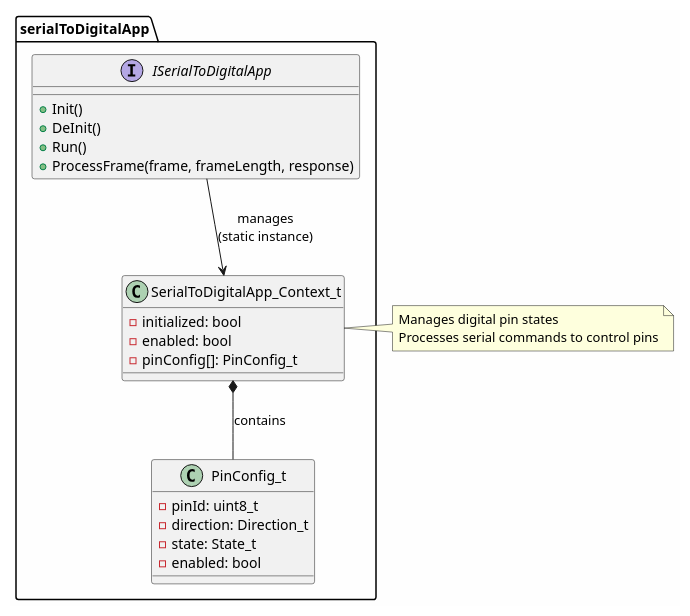
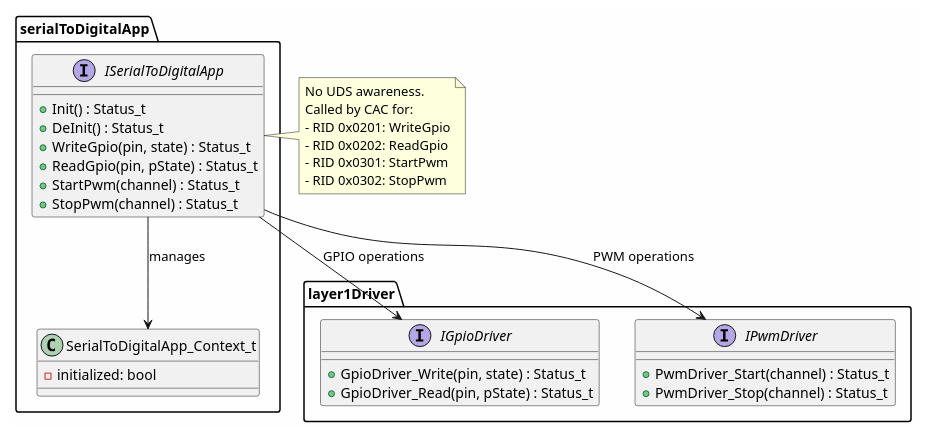
The diagram in 3_swComp/layer3Application/serialToDigitalApp/2_design/serialToDigitalAppStaticStructure.puml (LinhTrucVo/Bico_Protocol_Bridge), drawn with PlantUML before and after one commit. The commit also changed 87 other files, not shown here.

```diff
--- a/3_swComp/layer3Application/serialToDigitalApp/2_design/serialToDigitalAppStaticStructure.puml
+++ b/3_swComp/layer3Application/serialToDigitalApp/2_design/serialToDigitalAppStaticStructure.puml
@@ -1,33 +1,43 @@
 @startuml serialToDigitalAppStaticStructure
 skinparam backgroundColor #FEFEFE
 
 package "serialToDigitalApp" {
     interface ISerialToDigitalApp {
-        + Init()
-        + DeInit()
-        + Run()
-        + ProcessFrame(frame, frameLength, response)
+        + Init() : Status_t
+        + DeInit() : Status_t
+        + WriteGpio(pin, state) : Status_t
+        + ReadGpio(pin, pState) : Status_t
+        + StartPwm(channel) : Status_t
+        + StopPwm(channel) : Status_t
     }
 
     class SerialToDigitalApp_Context_t {
         - initialized: bool
-        - enabled: bool
-        - pinConfig[]: PinConfig_t
     }
 
-    class PinConfig_t {
-        - pinId: uint8_t
-        - direction: Direction_t
-        - state: State_t
-        - enabled: bool
-    }
-
-    ISerialToDigitalApp --> SerialToDigitalApp_Context_t : manages\n(static instance)
-    SerialToDigitalApp_Context_t *-- PinConfig_t : contains
+    ISerialToDigitalApp --> SerialToDigitalApp_Context_t : manages
 }
 
-note right of SerialToDigitalApp_Context_t
-    Manages digital pin states
-    Processes serial commands to control pins
+package "layer1Driver" {
+    interface IGpioDriver {
+        + GpioDriver_Write(pin, state) : Status_t
+        + GpioDriver_Read(pin, pState) : Status_t
+    }
+    interface IPwmDriver {
+        + PwmDriver_Start(channel) : Status_t
+        + PwmDriver_Stop(channel) : Status_t
+    }
+}
+
+ISerialToDigitalApp --> IGpioDriver : GPIO operations
+ISerialToDigitalApp --> IPwmDriver : PWM operations
+
+note right of ISerialToDigitalApp
+  No UDS awareness.
+  Called by CAC for:
+  - RID 0x0201: WriteGpio
+  - RID 0x0202: ReadGpio
+  - RID 0x0301: StartPwm
+  - RID 0x0302: StopPwm
 end note
 @enduml
```
